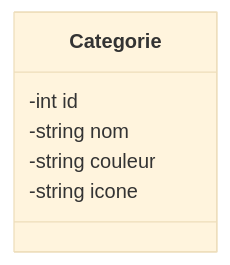
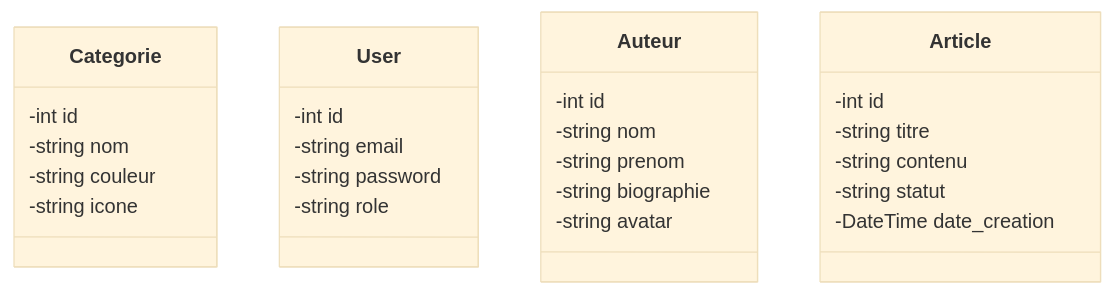
The diagram in objects/classes.mmd (ibrahim-Medkour/tutorial), drawn with Mermaid (base theme) before and after one commit. The commit also changed 1 other file, not shown here.

```diff
--- a/objects/classes.mmd
+++ b/objects/classes.mmd
@@ -1,7 +1,27 @@
 classDiagram
-    class Categorie{
+    class Categorie {
         -int id
         -string nom
         -string couleur
         -string icone
     }
+    class User {
+        -int id
+        -string email
+        -string password
+        -string role
+    }
+    class Auteur {
+        -int id
+        -string nom
+        -string prenom
+        -string biographie
+        -string avatar
+    }
+    class Article {
+        -int id
+        -string titre
+        -string contenu
+        -string statut
+        -DateTime date_creation
+    }
```
